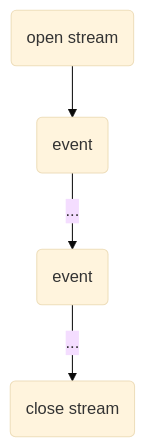
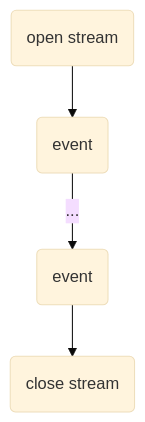
Before and after one commit to joaogac/micronaut-fundamentals: the third of 3 diagrams in README.md, drawn with Mermaid (base theme). The commit also changed other lines of this file, not shown here.

````diff
--- a/README.md
+++ b/README.md
@@ -349,6 +349,6 @@
 ```mermaid
 graph TD;
     A(open stream)-->B(event);
     B(event)-->|...|C(event);
-    C(event)-->|...|D(close stream);
+    C(event)-->D(close stream);
 ```
````
